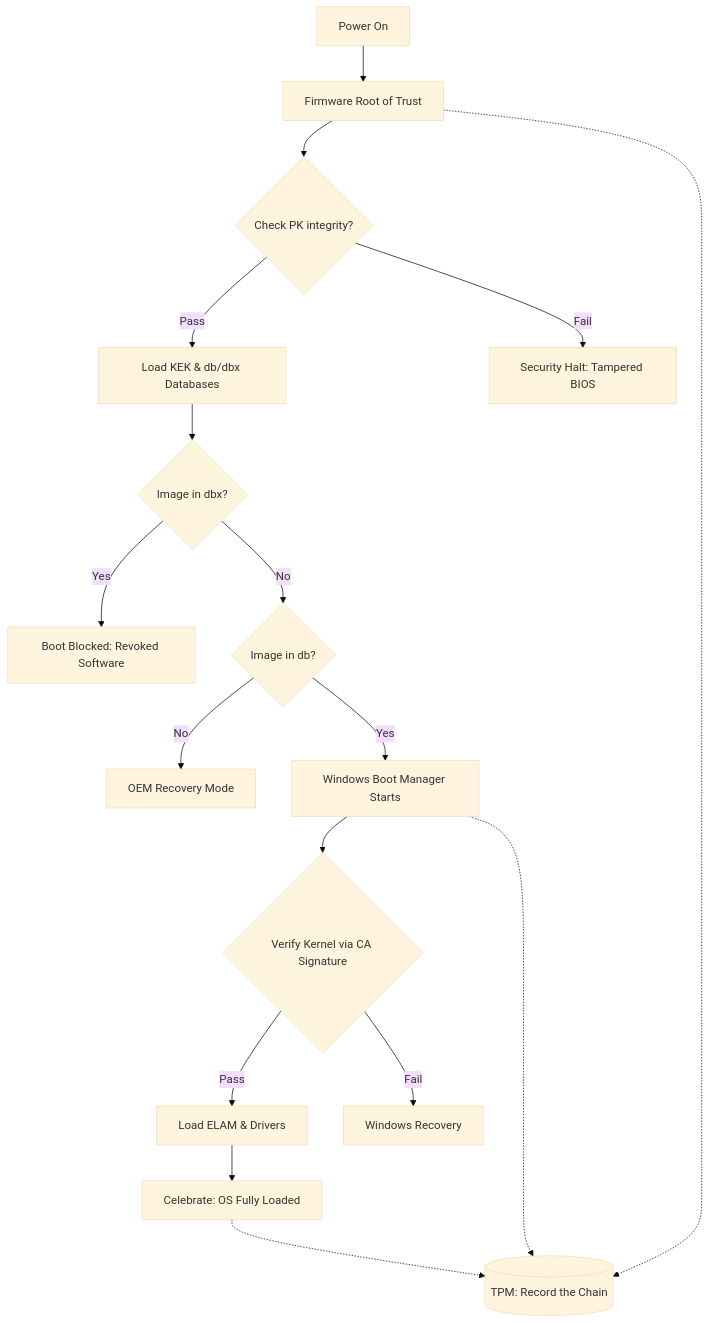
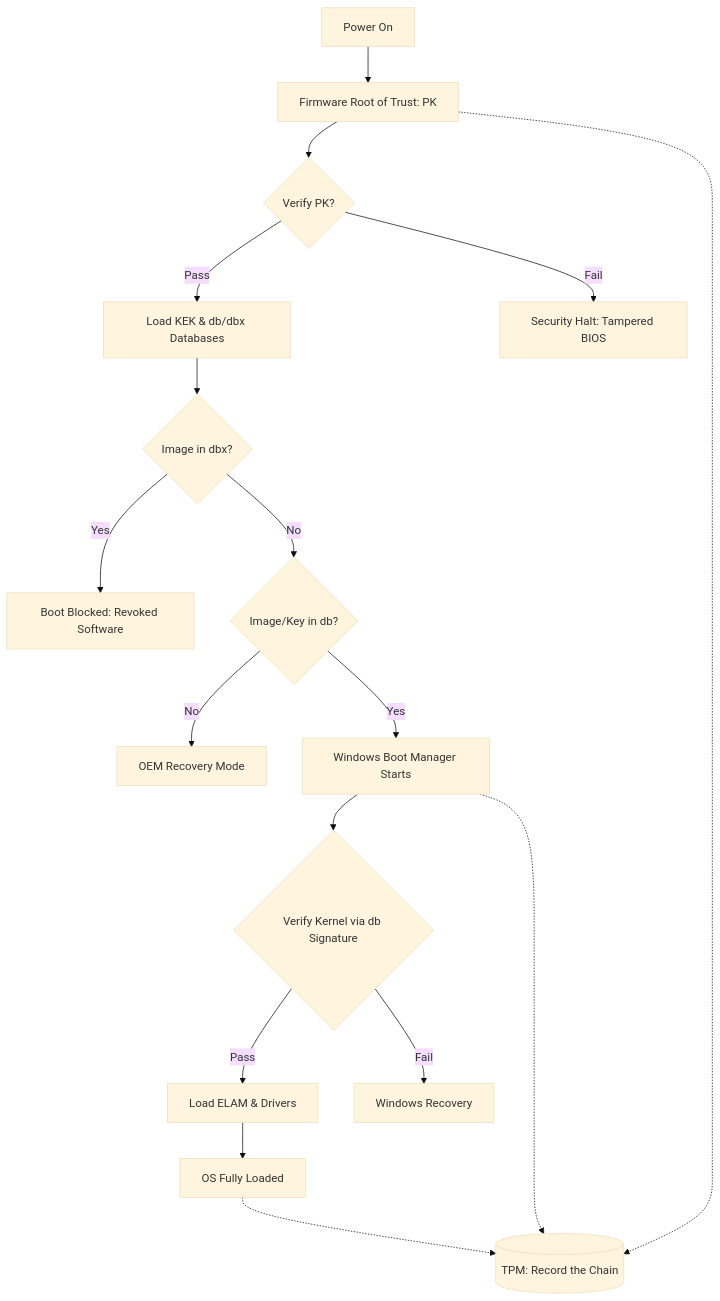
Before and after one commit to NathanAnto/305.2-Applied-Cybersecurity: the diagram in doc/secure-boot/Secure-Boot.md, drawn with Mermaid (base theme). The commit also changed other lines of this file, not shown here.

Commit message:
fix: Update typos and the diagram (more informations has been added).

````diff
--- a/doc/secure-boot/Secure-Boot.md
+++ b/doc/secure-boot/Secure-Boot.md
@@ -15,27 +15,27 @@
 ```mermaid
 graph TD
-    A[Power On] --> B[Firmware Root of Trust]
-    B --> C{Check PK integrity?}
+    A[Power On] --> B[Firmware Root of Trust: PK]
+    B --> C{Verify PK?}
     
     C -- Pass --> D[Load KEK & db/dbx Databases]
     C -- Fail --> ERR[Security Halt: Tampered BIOS]
     
     D --> E{Image in dbx?}
     E -- Yes --> ERR2[Boot Blocked: Revoked Software]
     
-    E -- No --> F{Image in db?}
+    E -- No --> F{Image/Key in db?}
     F -- No --> G[OEM Recovery Mode]
     
     F -- Yes --> H[Windows Boot Manager Starts]
     
-    H --> I{Verify Kernel via CA Signature}
+    H --> I{Verify Kernel via db Signature}
     I -- Pass --> J[Load ELAM & Drivers]
     I -- Fail --> K[Windows Recovery]
     
-    J --> L[Celebrate: OS Fully Loaded]
+    J --> L[OS Fully Loaded]
     
     %% Measured Boot Parallel
     B -.-> TPM[(TPM: Record the Chain)]
     H -.-> TPM
     L -.-> TPM
 ```
````
